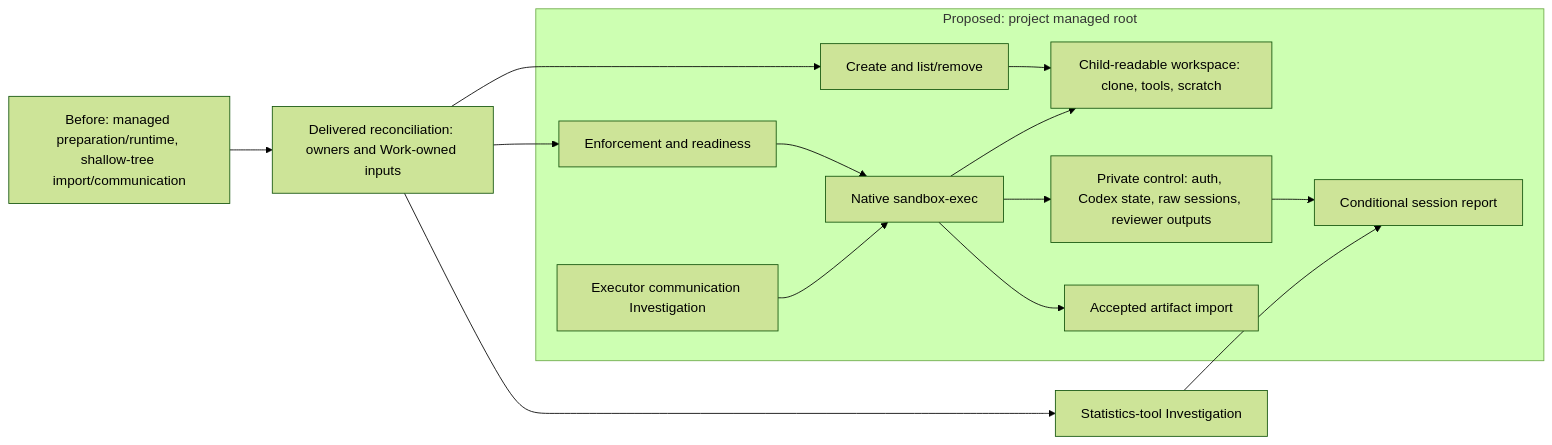
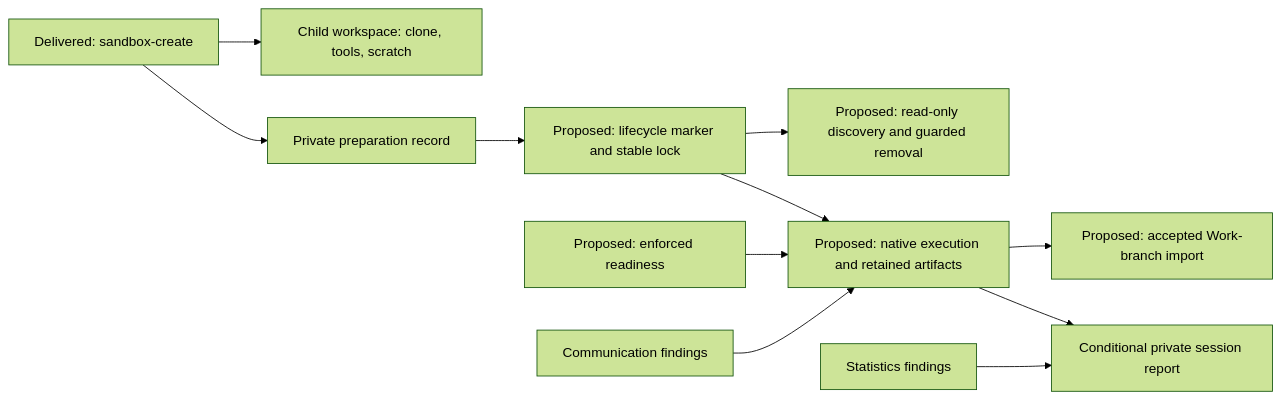
The diagram in doc/feat/evaluation-sandboxes/README.md (msitarz/ataraxia), drawn with Mermaid (forest theme) before and after one commit. The commit also changed other lines of this file and 12 other files, not shown here.

Commit message:
docs(work): rewrite sandbox contracts

````diff
--- a/doc/feat/evaluation-sandboxes/README.md
+++ b/doc/feat/evaluation-sandboxes/README.md
@@ -30,20 +72,13 @@
 ```mermaid
 flowchart LR
-    B[Before: managed preparation/runtime, shallow-tree import/communication]
-    B --> G[Delivered reconciliation: owners and Work-owned inputs]
-    subgraph Proposed[Proposed: project managed root]
-        W[Child-readable workspace: clone, tools, scratch]
-        P[Private control: auth, Codex state, raw sessions, reviewer outputs]
-        C[Create and list/remove] --> W
-        E[Enforcement and readiness] --> X[Native sandbox-exec]
-        X --> W
-        X --> P
-        X --> A[Accepted artifact import]
-        Q[Executor communication Investigation] --> X
-        P --> R[Conditional session report]
-    end
-    G --> C
-    G --> E
-    G --> I[Statistics-tool Investigation]
-    I --> R
+    C[Delivered: sandbox-create] --> W[Child workspace: clone, tools, scratch]
+    C --> P[Private preparation record]
+    P --> L[Proposed: lifecycle marker and stable lock]
+    L --> D[Proposed: read-only discovery and guarded removal]
+    L --> X[Proposed: native execution and retained artifacts]
+    E[Proposed: enforced readiness] --> X
+    Q[Communication findings] --> X
+    X --> A[Proposed: accepted Work-branch import]
+    X --> R[Conditional private session report]
+    S[Statistics findings] --> R
 ```
````
